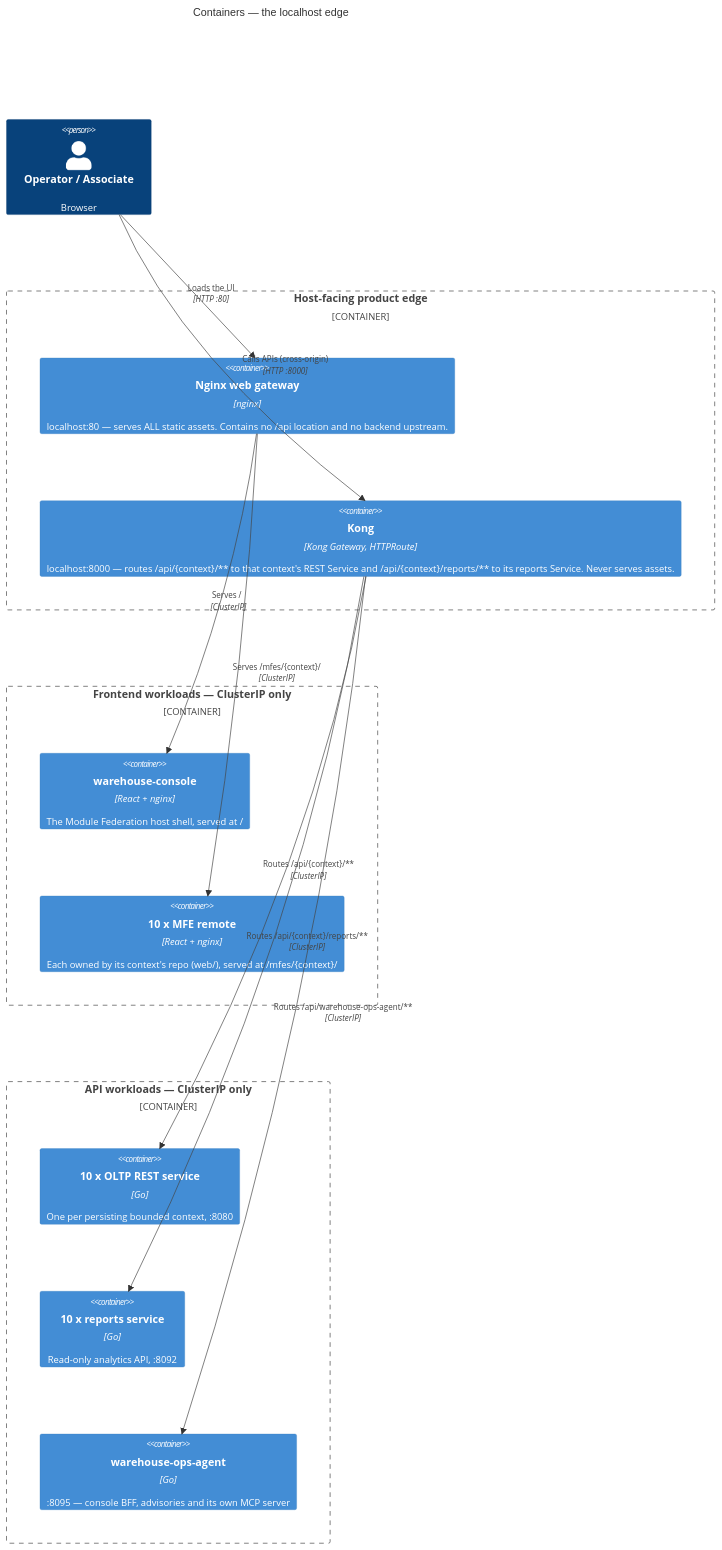
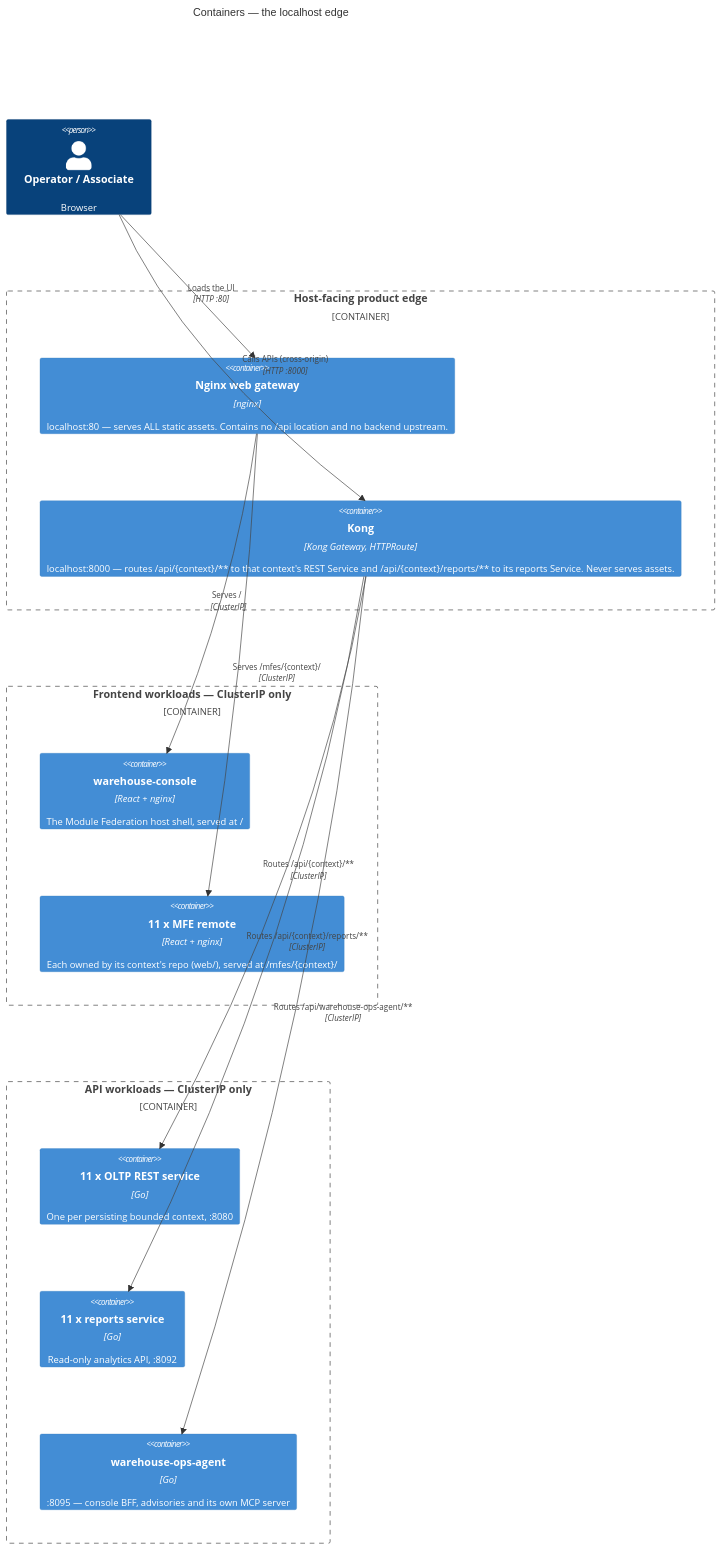
One commit to IQVO/warehouse-docs changed the first of 3 diagrams in docs/architecture/containers.md. Above: the diagram before and after it, drawn with Mermaid. The commit also changed other lines of this file and 5 other files, not shown here.

First line of the commit message:
docs(architecture): product-master in containers, domain model, data models and runtime flows

````diff
--- a/docs/architecture/containers.md
+++ b/docs/architecture/containers.md
@@ -28,32 +29,32 @@
 ```mermaid
 C4Container
     title Containers — the localhost edge
 
     Person(user, "Operator / Associate", "Browser")
 
     Container_Boundary(edge, "Host-facing product edge") {
         Container(nginxgw, "Nginx web gateway", "nginx", "localhost:80 — serves ALL static assets. Contains no /api location and no backend upstream.")
         Container(kong, "Kong", "Kong Gateway, HTTPRoute", "localhost:8000 — routes /api/{context}/** to that context's REST Service and /api/{context}/reports/** to its reports Service. Never serves assets.")
     }
 
     Container_Boundary(fe, "Frontend workloads — ClusterIP only") {
         Container(shell, "warehouse-console", "React + nginx", "The Module Federation host shell, served at /")
-        Container(remotes, "10 x MFE remote", "React + nginx", "Each owned by its context's repo (web/), served at /mfes/{context}/")
+        Container(remotes, "11 x MFE remote", "React + nginx", "Each owned by its context's repo (web/), served at /mfes/{context}/")
     }
 
     Container_Boundary(api, "API workloads — ClusterIP only") {
-        Container(oltp, "10 x OLTP REST service", "Go", "One per persisting bounded context, :8080")
-        Container(reports, "10 x reports service", "Go", "Read-only analytics API, :8092")
+        Container(oltp, "11 x OLTP REST service", "Go", "One per persisting bounded context, :8080")
+        Container(reports, "11 x reports service", "Go", "Read-only analytics API, :8092")
         Container(agent, "warehouse-ops-agent", "Go", ":8095 — console BFF, advisories and its own MCP server")
     }
 
     Rel(user, nginxgw, "Loads the UI", "HTTP :80")
     Rel(user, kong, "Calls APIs (cross-origin)", "HTTP :8000")
     Rel(nginxgw, shell, "Serves /", "ClusterIP")
     Rel(nginxgw, remotes, "Serves /mfes/{context}/", "ClusterIP")
     Rel(kong, oltp, "Routes /api/{context}/**", "ClusterIP")
     Rel(kong, reports, "Routes /api/{context}/reports/**", "ClusterIP")
     Rel(kong, agent, "Routes /api/warehouse-ops-agent/**", "ClusterIP")
 
     UpdateLayoutConfig($c4ShapeInRow="3", $c4BoundaryInRow="1")
 ```
````
